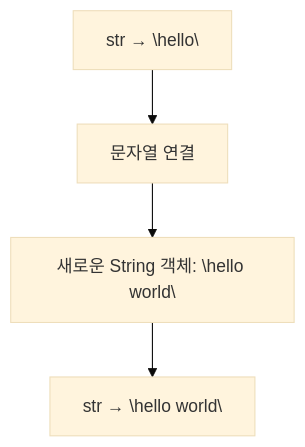
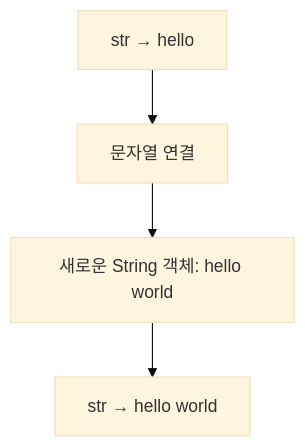
One commit to CHEDDARcb/Passionate-Java changed the fourth of 4 diagrams in Chpater11_Method_Overloading_and_the_String_Class/Java String과 String Pool.md. Above: the diagram before and after it, drawn with Mermaid (base theme). The commit also changed other lines of this file, not shown here.

Commit message:
Update String literals in diagrams for clarity

````diff
--- a/Chpater11_Method_Overloading_and_the_String_Class/Java String과 String Pool.md
+++ b/Chpater11_Method_Overloading_and_the_String_Class/Java String과 String Pool.md
@@ -163,11 +163,11 @@
 ```mermaid
 flowchart TD
-    A["str → \"hello\""]
+    A["str → hello"]
     B["문자열 연결"]
-    C["새로운 String 객체: \"hello world\""]
-    D["str → \"hello world\""]
+    C["새로운 String 객체: hello world"]
+    D["str → hello world"]
 
     A --> B
     B --> C
     C --> D
 ```
````
